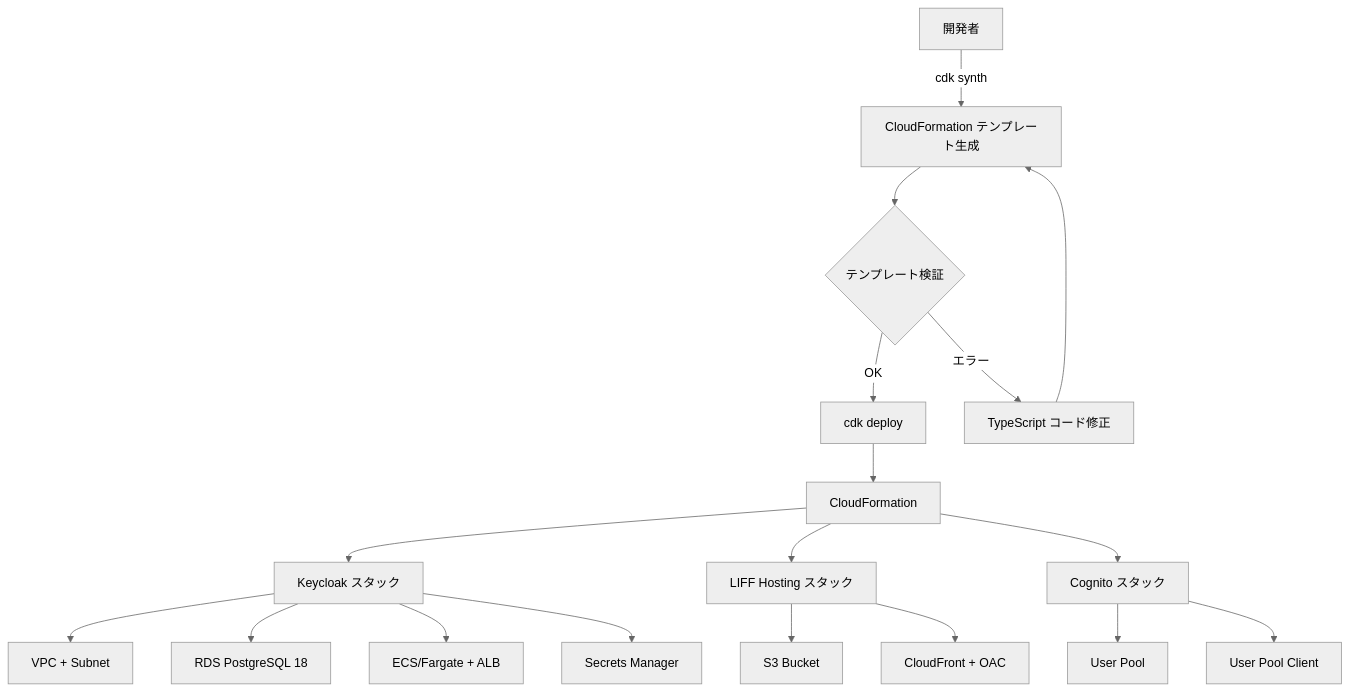
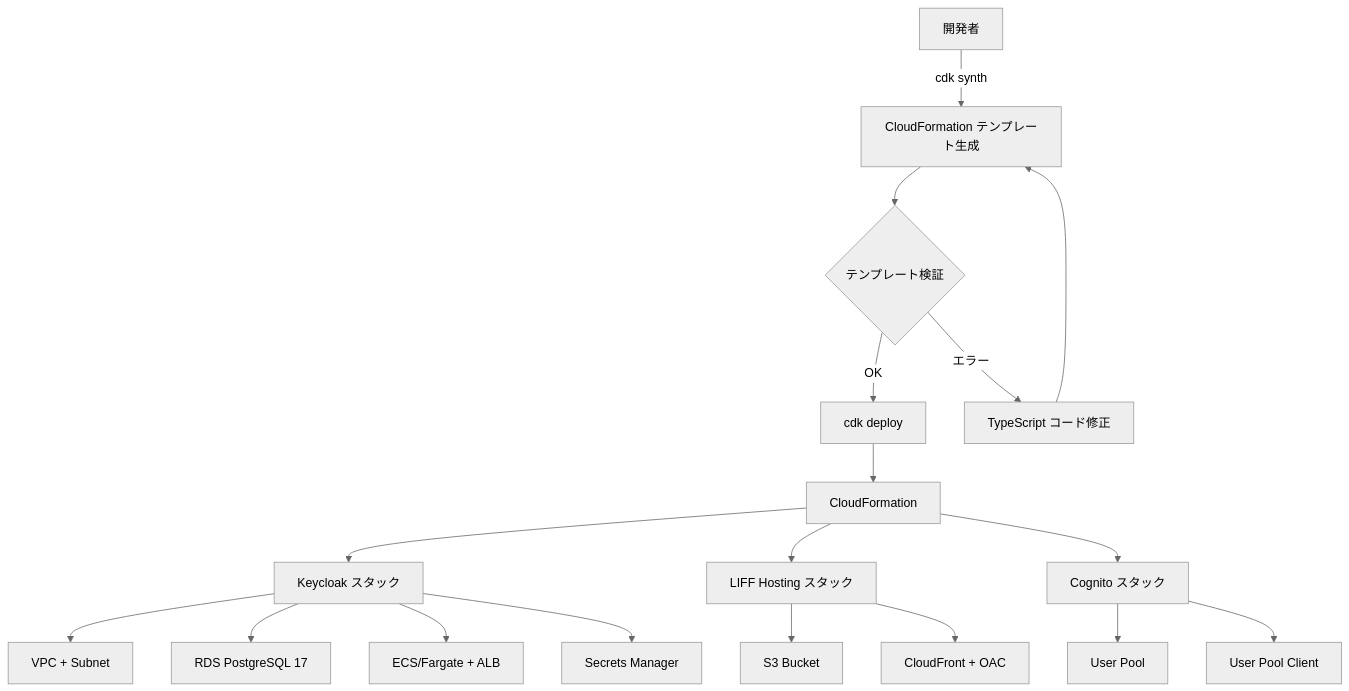
The first of 7 diagrams in docs/design/infra-cdk-migration/dataflow.md (mozuq-lab/memoru-liff), drawn with Mermaid (neutral theme) before and after one commit. The commit also changed other lines of this file and 10 other files, not shown here.

````diff
--- a/docs/design/infra-cdk-migration/dataflow.md
+++ b/docs/design/infra-cdk-migration/dataflow.md
@@ -18,24 +18,24 @@
 ```mermaid
 flowchart TD
     Dev[開発者] -->|cdk synth| Synth[CloudFormation テンプレート生成]
     Synth --> Validate{テンプレート検証}
     Validate -->|OK| Deploy[cdk deploy]
     Validate -->|エラー| Fix[TypeScript コード修正]
     Fix --> Synth
 
     Deploy --> CFn[CloudFormation]
     CFn --> KC[Keycloak スタック]
     CFn --> LH[LIFF Hosting スタック]
     CFn --> CG[Cognito スタック]
 
     KC --> VPC[VPC + Subnet]
-    KC --> RDS[RDS PostgreSQL 18]
+    KC --> RDS[RDS PostgreSQL 17]
     KC --> ECS[ECS/Fargate + ALB]
     KC --> SM[Secrets Manager]
 
     LH --> S3[S3 Bucket]
     LH --> CF[CloudFront + OAC]
 
     CG --> UP[User Pool]
     CG --> UPC[User Pool Client]
 ```
````
